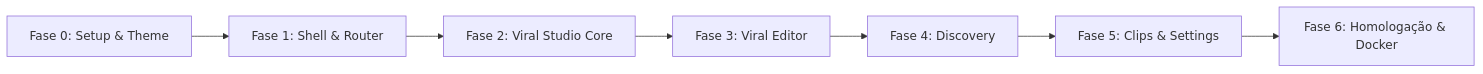
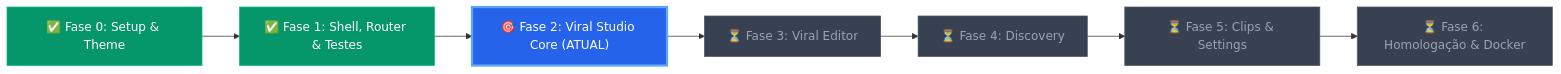
The diagram in docs/plano-migracao-frontend.md (luis-henrique-carvalho/viralforge), drawn with Mermaid before and after one commit. The commit also changed other lines of this file, not shown here.

Commit message:
docs: update migration plan with current phase status and breakdown

````diff
--- a/docs/plano-migracao-frontend.md
+++ b/docs/plano-migracao-frontend.md
@@ -218,9 +218,17 @@
 ```mermaid
 flowchart LR
-    Fase0["Fase 0: Setup & Theme"] --> Fase1["Fase 1: Shell & Router"]
-    Fase1 --> Fase2["Fase 2: Viral Studio Core"]
-    Fase2 --> Fase3["Fase 3: Viral Editor"]
-    Fase3 --> Fase4["Fase 4: Discovery"]
-    Fase4 --> Fase5["Fase 5: Clips & Settings"]
-    Fase5 --> Fase6["Fase 6: Homologação & Docker"]
+    Fase0["✅ Fase 0: Setup & Theme"] --> Fase1["✅ Fase 1: Shell, Router & Testes"]
+    Fase1 --> Fase2["🎯 Fase 2: Viral Studio Core (ATUAL)"]
+    Fase2 --> Fase3["⏳ Fase 3: Viral Editor"]
+    Fase3 --> Fase4["⏳ Fase 4: Discovery"]
+    Fase4 --> Fase5["⏳ Fase 5: Clips & Settings"]
+    Fase5 --> Fase6["⏳ Fase 6: Homologação & Docker"]
+
+    classDef completed fill:#059669,stroke:#10b981,color:#ffffff;
+    classDef current fill:#2563eb,stroke:#60a5fa,color:#ffffff,stroke-width:3px;
+    classDef pending fill:#374151,stroke:#4b5563,color:#9ca3af;
+
+    class Fase0,Fase1 completed;
+    class Fase2 current;
+    class Fase3,Fase4,Fase5,Fase6 pending;
 ```
````
